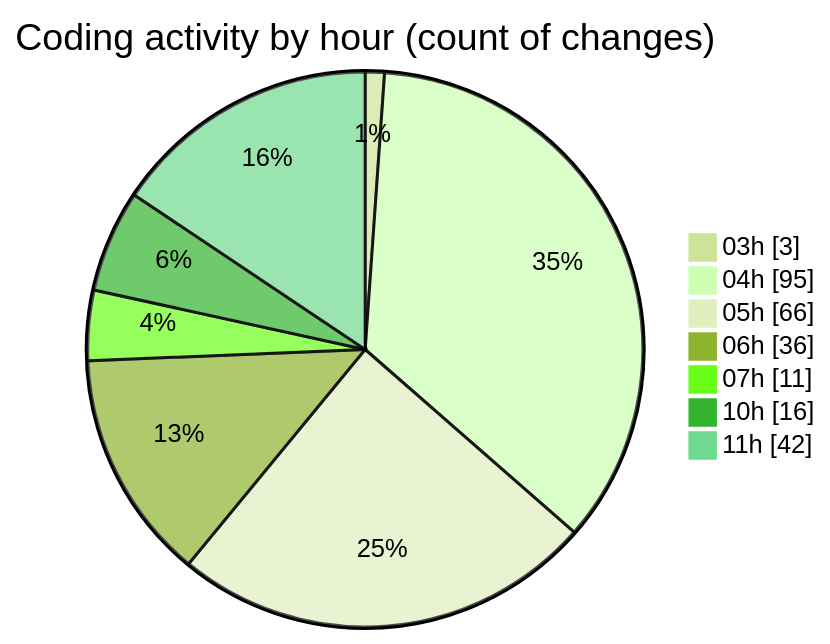
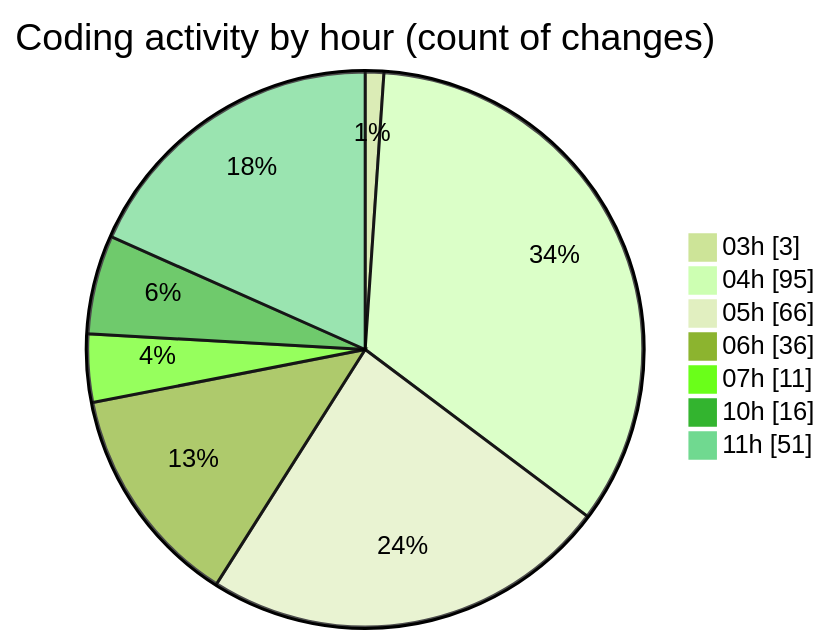
Before and after one commit to ernivani/code-tracking: the second of 2 diagrams in 2025-01-03/tinycms/README.md, drawn with Mermaid (forest theme). The commit also changed other lines of this file and 5 other files, not shown here.

````diff
--- a/2025-01-03/tinycms/README.md
+++ b/2025-01-03/tinycms/README.md
@@ -76,11 +76,11 @@
 ```mermaid
 pie showData
 title Coding activity by hour (count of changes)
 "03h" : 3
 "04h" : 95
 "05h" : 66
 "06h" : 36
 "07h" : 11
 "10h" : 16
-"11h" : 42
+"11h" : 51
 ```
````
